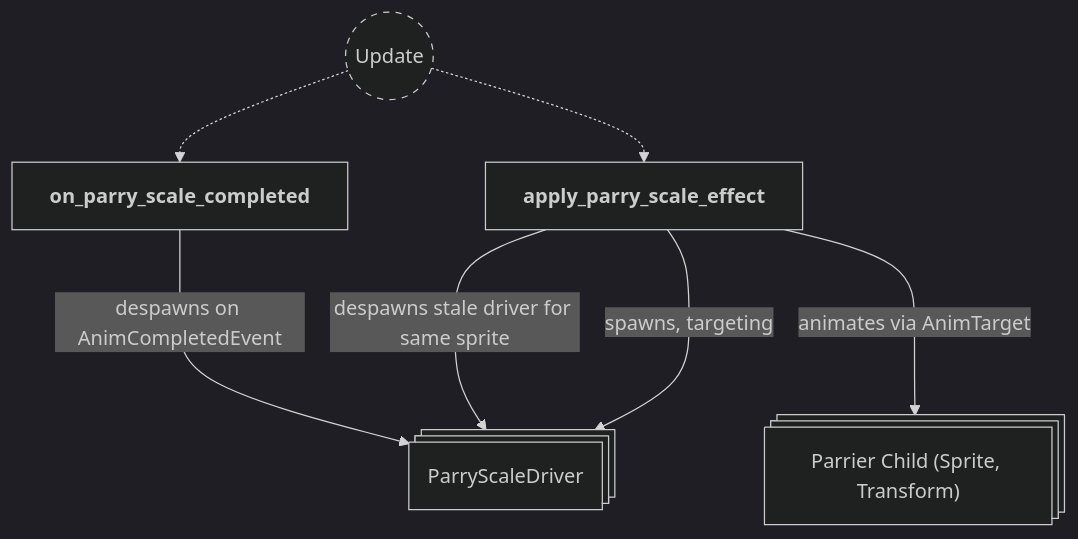
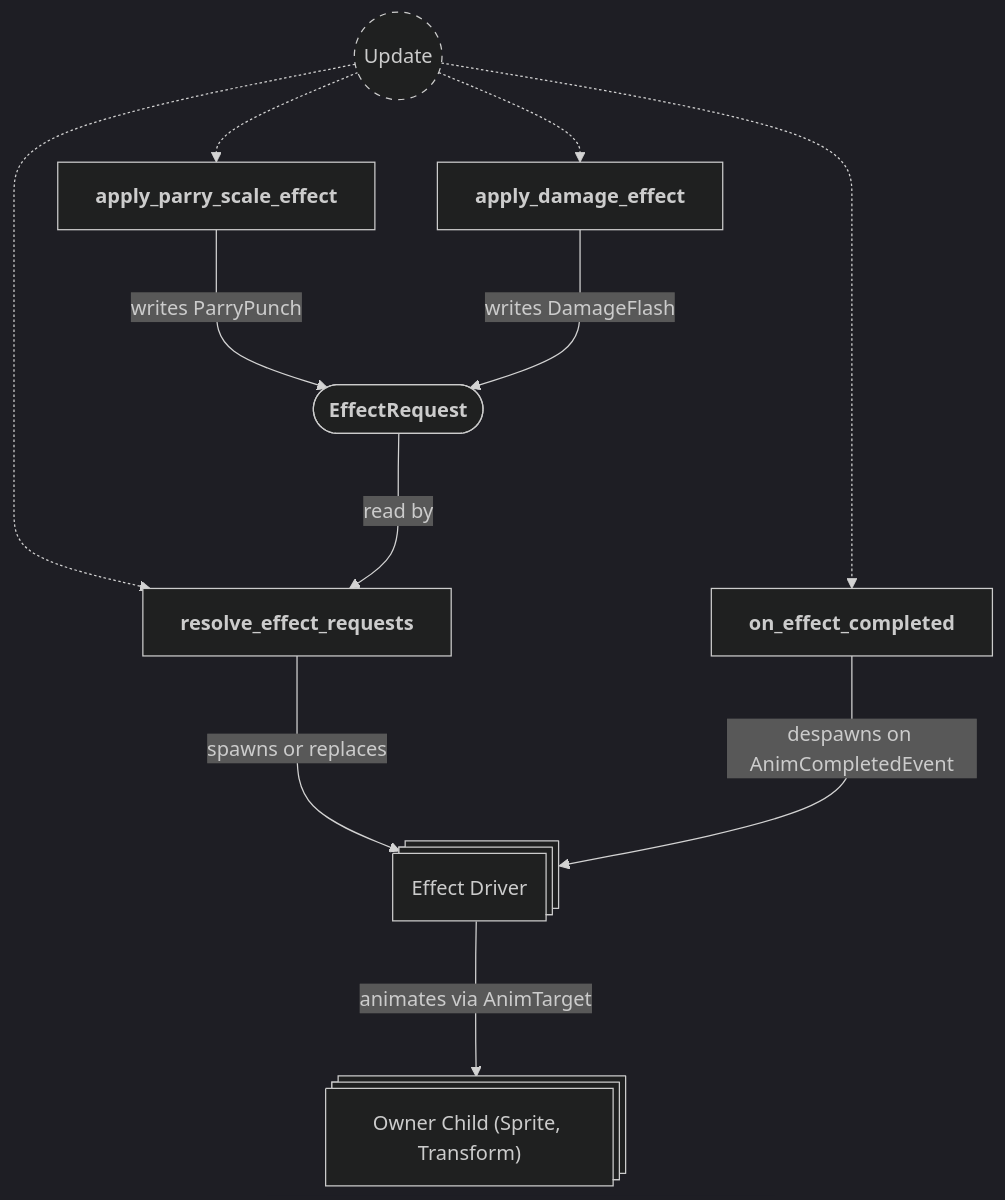
Diagram 30 of 30 in backlog/docs/doc-10 - 008-Effects-plugin.md (neurosoup/tyled), drawn with Mermaid before and after one commit. The commit also changed other lines of this file and 4 other files, not shown here.

First line of the commit message:
Refactor: run damage flash and parry punch through effect drivers and a resolver

````diff
--- a/backlog/docs/doc-10 - 008-Effects-plugin.md
+++ b/backlog/docs/doc-10 - 008-Effects-plugin.md
@@ -1256,25 +1314,32 @@
 ```mermaid
 ---
 config:
   theme: dark
 ---
 
 flowchart TD
 classDef system-group stroke-dasharray: 5 5
 
 update(("`Update`")):::system-group
 
 apply_parry_scale_effect["`**apply_parry_scale_effect**`"]
-on_parry_scale_completed["`**on_parry_scale_completed**`"]
+apply_damage_effect["`**apply_damage_effect**`"]
+on_effect_completed["`**on_effect_completed**`"]
+resolve_effect_requests["`**resolve_effect_requests**`"]
 
 update -.-> apply_parry_scale_effect
-update -.-> on_parry_scale_completed
+update -.-> apply_damage_effect
+update -.-> on_effect_completed
+update -.-> resolve_effect_requests
 
-driver_entity@{ shape: st-rect, label: "ParryScaleDriver" }
-sprite_entity@{ shape: st-rect, label: "Parrier Child (Sprite, Transform)" }
+effect_request(["`**EffectRequest**`"])
+driver_entity@{ shape: st-rect, label: "Effect Driver" }
+sprite_entity@{ shape: st-rect, label: "Owner Child (Sprite, Transform)" }
 
-apply_parry_scale_effect ---> |spawns, targeting| driver_entity
-apply_parry_scale_effect ---> |despawns stale driver for same sprite| driver_entity
-apply_parry_scale_effect ---> |animates via AnimTarget| sprite_entity
-on_parry_scale_completed ---> |despawns on AnimCompletedEvent| driver_entity
+apply_parry_scale_effect ---> |writes ParryPunch| effect_request
+apply_damage_effect ---> |writes DamageFlash| effect_request
+effect_request ---> |read by| resolve_effect_requests
+resolve_effect_requests ---> |spawns or replaces| driver_entity
+driver_entity ---> |animates via AnimTarget| sprite_entity
+on_effect_completed ---> |despawns on AnimCompletedEvent| driver_entity
 ```
````
